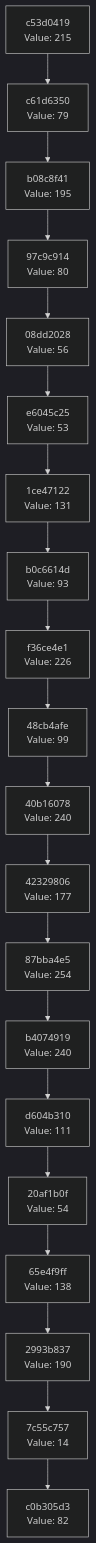
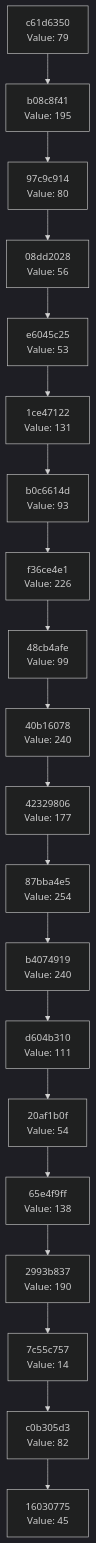
Before and after one commit to Abhisheksinha1506/hash-chain-evolver: the diagram in docs/CHAIN_VISUALIZATION.md, drawn with Mermaid (dark theme). The commit also changed 2 other files, not shown here.

Commit message:
Evolution Step

````diff
--- a/docs/CHAIN_VISUALIZATION.md
+++ b/docs/CHAIN_VISUALIZATION.md
@@ -3,42 +3,42 @@
 ```mermaid
 graph TD
-    C0["c0b305d3<br/>Value: 82"]
-    C1["7c55c757<br/>Value: 14"]
+    C0["16030775<br/>Value: 45"]
+    C1["c0b305d3<br/>Value: 82"]
     C1 --> C0
-    C2["2993b837<br/>Value: 190"]
+    C2["7c55c757<br/>Value: 14"]
     C2 --> C1
-    C3["65e4f9ff<br/>Value: 138"]
+    C3["2993b837<br/>Value: 190"]
     C3 --> C2
-    C4["20af1b0f<br/>Value: 54"]
+    C4["65e4f9ff<br/>Value: 138"]
     C4 --> C3
-    C5["d604b310<br/>Value: 111"]
+    C5["20af1b0f<br/>Value: 54"]
     C5 --> C4
-    C6["b4074919<br/>Value: 240"]
+    C6["d604b310<br/>Value: 111"]
     C6 --> C5
-    C7["87bba4e5<br/>Value: 254"]
+    C7["b4074919<br/>Value: 240"]
     C7 --> C6
-    C8["42329806<br/>Value: 177"]
+    C8["87bba4e5<br/>Value: 254"]
     C8 --> C7
-    C9["40b16078<br/>Value: 240"]
+    C9["42329806<br/>Value: 177"]
     C9 --> C8
-    C10["48cb4afe<br/>Value: 99"]
+    C10["40b16078<br/>Value: 240"]
     C10 --> C9
-    C11["f36ce4e1<br/>Value: 226"]
+    C11["48cb4afe<br/>Value: 99"]
     C11 --> C10
-    C12["b0c6614d<br/>Value: 93"]
+    C12["f36ce4e1<br/>Value: 226"]
     C12 --> C11
-    C13["1ce47122<br/>Value: 131"]
+    C13["b0c6614d<br/>Value: 93"]
     C13 --> C12
-    C14["e6045c25<br/>Value: 53"]
+    C14["1ce47122<br/>Value: 131"]
     C14 --> C13
-    C15["08dd2028<br/>Value: 56"]
+    C15["e6045c25<br/>Value: 53"]
     C15 --> C14
-    C16["97c9c914<br/>Value: 80"]
+    C16["08dd2028<br/>Value: 56"]
     C16 --> C15
-    C17["b08c8f41<br/>Value: 195"]
+    C17["97c9c914<br/>Value: 80"]
     C17 --> C16
-    C18["c61d6350<br/>Value: 79"]
+    C18["b08c8f41<br/>Value: 195"]
     C18 --> C17
-    C19["c53d0419<br/>Value: 215"]
+    C19["c61d6350<br/>Value: 79"]
     C19 --> C18
 ```
````
